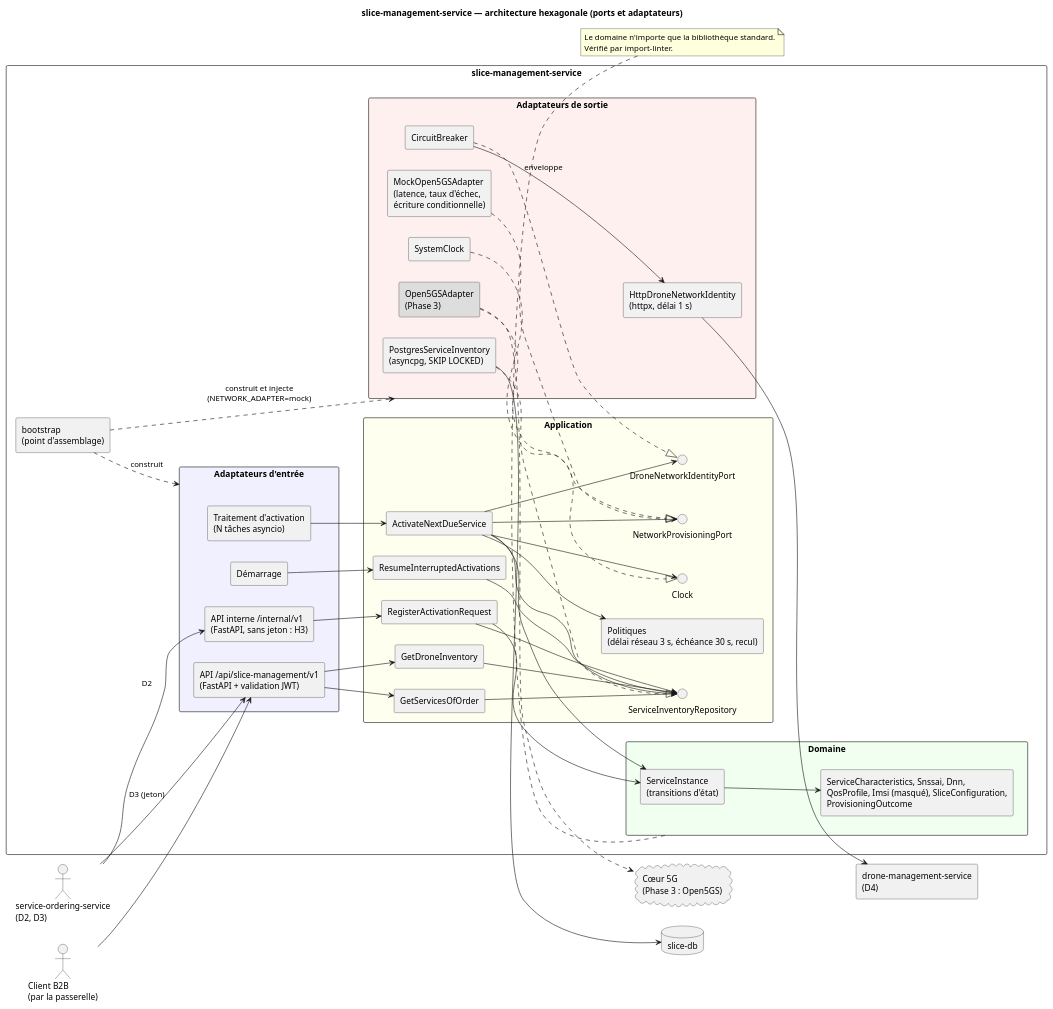
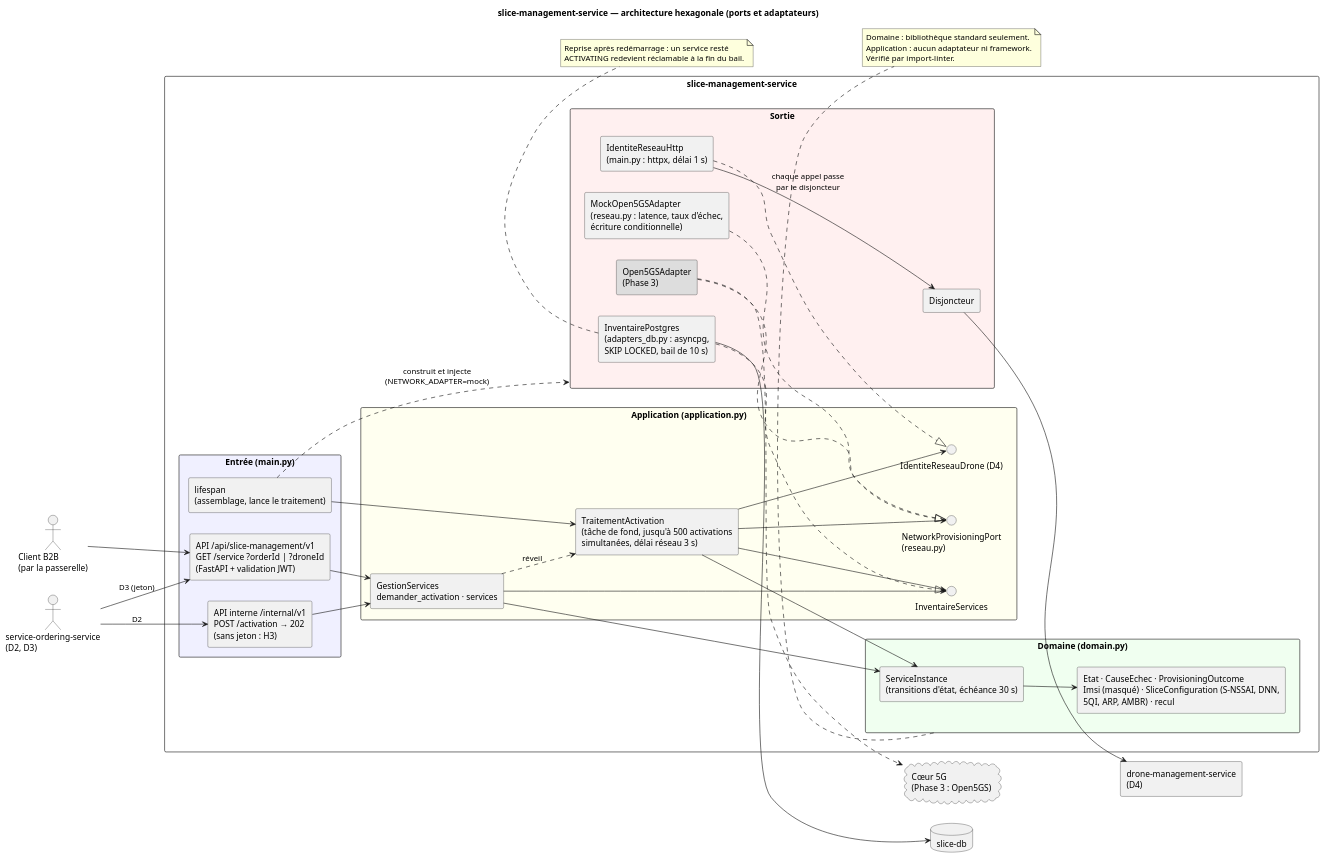
One commit to COGvc/LOG430-Projet2 changed the diagram in docs/diagrams/hexa-slice-service.puml. Above: the diagram before and after it, drawn with PlantUML. The commit also changed 4 other files, not shown here.

Commit message:
Changements dans des diagrammes

```diff
--- a/docs/diagrams/hexa-slice-service.puml
+++ b/docs/diagrams/hexa-slice-service.puml
@@ -1,95 +1,77 @@
 @startuml hexa-slice-service
 title slice-management-service — architecture hexagonale (ports et adaptateurs)
 left to right direction
 skinparam componentStyle rectangle
 skinparam packageStyle rectangle
 
 actor "service-ordering-service\n(D2, D3)" as Ordering
 actor "Client B2B\n(par la passerelle)" as Client
 database "slice-db" as DB
 component "drone-management-service\n(D4)" as Drone
 cloud "Cœur 5G\n(Phase 3 : Open5GS)" as Core
 
 package "slice-management-service" {
-
-  package "Adaptateurs d'entrée" as IN #F0F0FF {
-    component "API /api/slice-management/v1\n(FastAPI + validation JWT)" as HttpPub
-    component "API interne /internal/v1\n(FastAPI, sans jeton : H3)" as HttpInt
-    component "Traitement d'activation\n(N tâches asyncio)" as Worker
-    component "Démarrage" as Boot
+  package "Entrée (main.py)" as IN #F0F0FF {
+    component "API /api/slice-management/v1\nGET /service ?orderId | ?droneId\n(FastAPI + validation JWT)" as HttpPub
+    component "API interne /internal/v1\nPOST /activation → 202\n(sans jeton : H3)" as HttpInt
+    component "lifespan\n(assemblage, lance le traitement)" as Boot
   }
-
-  package "Application" as APP #FFFFF0 {
-    component "RegisterActivationRequest" as UcReg
-    component "ActivateNextDueService" as UcAct
-    component "GetServicesOfOrder" as UcOrd
-    component "GetDroneInventory" as UcInv
-    component "ResumeInterruptedActivations" as UcRes
-    component "Politiques\n(délai réseau 3 s, échéance 30 s, recul)" as Pol
-
-    interface "ServiceInventoryRepository" as PRepo
-    interface "DroneNetworkIdentityPort" as PId
-    interface "NetworkProvisioningPort" as PNet
-    interface "Clock" as PClock
+  package "Application (application.py)" as APP #FFFFF0 {
+    component "GestionServices\ndemander_activation · services" as UcGest
+    component "TraitementActivation\n(tâche de fond, jusqu'à 500 activations\nsimultanées, délai réseau 3 s)" as UcAct
+    interface "InventaireServices" as PRepo
+    interface "IdentiteReseauDrone (D4)" as PId
+    interface "NetworkProvisioningPort\n(reseau.py)" as PNet
   }
-
-  package "Domaine" as DOM #F0FFF0 {
-    component "ServiceInstance\n(transitions d'état)" as Ent
-    component "ServiceCharacteristics, Snssai, Dnn,\nQosProfile, Imsi (masqué), SliceConfiguration,\nProvisioningOutcome" as VO
+  package "Domaine (domain.py)" as DOM #F0FFF0 {
+    component "ServiceInstance\n(transitions d'état, échéance 30 s)" as Ent
+    component "Etat · CauseEchec · ProvisioningOutcome\nImsi (masqué) · SliceConfiguration (S-NSSAI, DNN,\n5QI, ARP, AMBR) · recul" as VO
   }
-
-  package "Adaptateurs de sortie" as OUT #FFF0F0 {
-    component "PostgresServiceInventory\n(asyncpg, SKIP LOCKED)" as ARepo
-    component "CircuitBreaker" as CB
-    component "HttpDroneNetworkIdentity\n(httpx, délai 1 s)" as AId
-    component "MockOpen5GSAdapter\n(latence, taux d'échec,\nécriture conditionnelle)" as AMock
+  package "Sortie" as OUT #FFF0F0 {
+    component "InventairePostgres\n(adapters_db.py : asyncpg,\nSKIP LOCKED, bail de 10 s)" as ARepo
+    component "Disjoncteur" as CB
+    component "IdentiteReseauHttp\n(main.py : httpx, délai 1 s)" as AId
+    component "MockOpen5GSAdapter\n(reseau.py : latence, taux d'échec,\nécriture conditionnelle)" as AMock
     component "Open5GSAdapter\n(Phase 3)" as AReal #DDDDDD
-    component "SystemClock" as AClock
   }
-
-  component "bootstrap\n(point d'assemblage)" as Wiring
 }
 
 Client --> HttpPub
 Ordering --> HttpInt : D2
 Ordering --> HttpPub : D3 (jeton)
 
-HttpPub --> UcInv
-HttpInt --> UcReg
-HttpPub --> UcOrd
-Worker --> UcAct
-Boot --> UcRes
+HttpPub --> UcGest
+HttpInt --> UcGest
+Boot --> UcAct
+Boot ..> OUT : construit et injecte\n(NETWORK_ADAPTER=mock)
 
-UcAct --> Pol
-UcReg --> Ent
+UcGest --> Ent
 UcAct --> Ent
 Ent --> VO
 
+UcGest --> PRepo
+UcGest ..> UcAct : réveil
 UcAct --> PRepo
 UcAct --> PId
 UcAct --> PNet
-UcAct --> PClock
-UcReg --> PRepo
-UcOrd --> PRepo
-UcInv --> PRepo
-UcRes --> PRepo
 
 ARepo ..|> PRepo
-CB ..|> PId
-CB --> AId : enveloppe
+AId ..|> PId
+AId --> CB : chaque appel passe\npar le disjoncteur
 AMock ..|> PNet
 AReal ..|> PNet
-AClock ..|> PClock
 
 ARepo --> DB
-AId --> Drone
+CB --> Drone
 AReal ..> Core
 
-Wiring ..> IN : construit
-Wiring ..> OUT : construit et injecte\n(NETWORK_ADAPTER=mock)
-
 note bottom of DOM
-  Le domaine n'importe que la bibliothèque standard.
+  Domaine : bibliothèque standard seulement.
+  Application : aucun adaptateur ni framework.
   Vérifié par import-linter.
 end note
+note bottom of ARepo
+  Reprise après redémarrage : un service resté
+  ACTIVATING redevient réclamable à la fin du bail.
+end note
 @enduml
```
